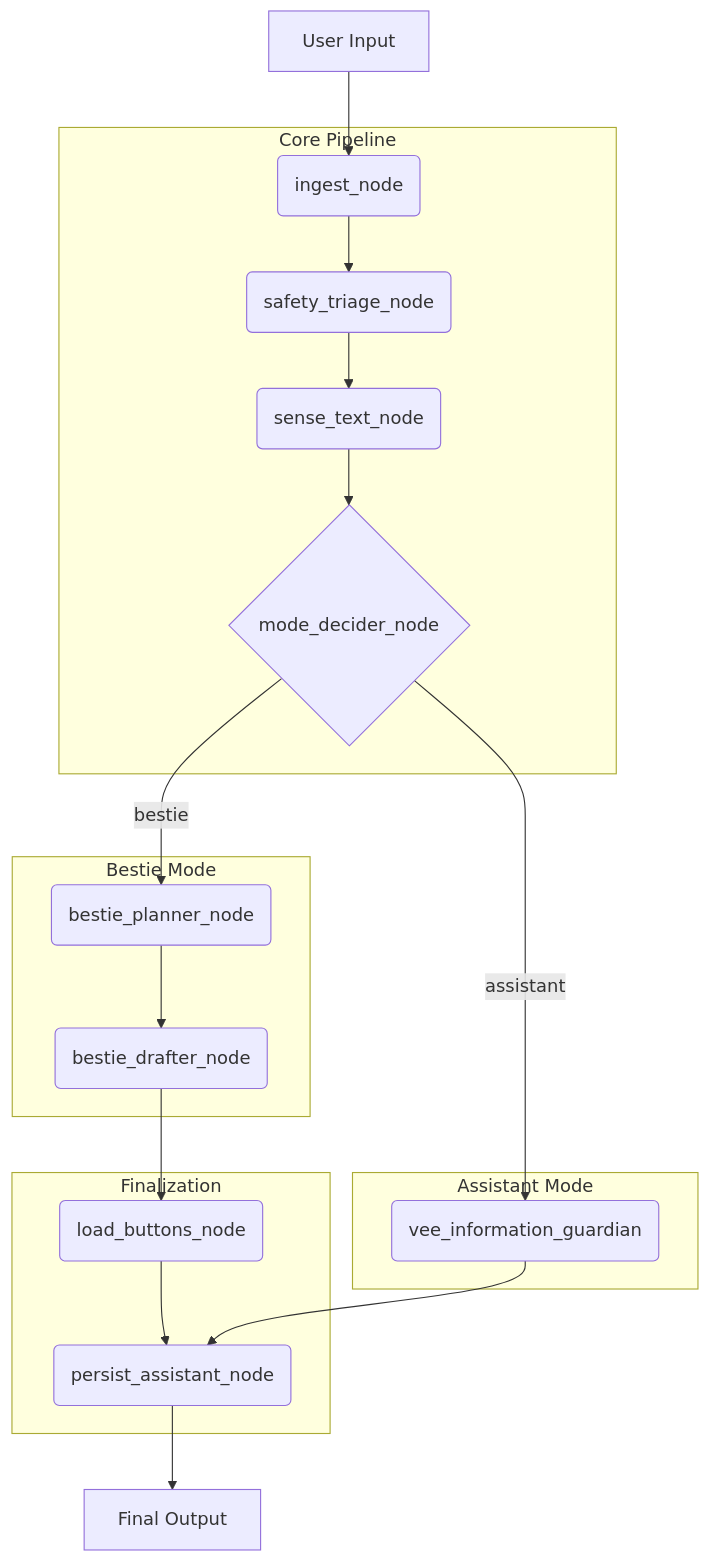
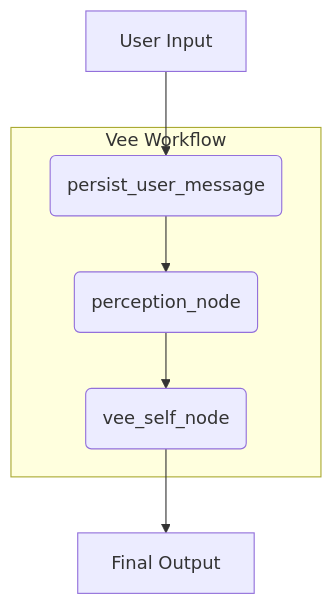
The diagram in README.md (moe1047/ai-bestie), drawn with Mermaid before and after one commit. The commit also changed other lines of this file and 1 other file, not shown here.

Commit message:
feat(persona): Implement structured personality and update docs
This major update introduces a more sophisticated personality framework, resolves critical stability bugs, and overhauls the project documentation.

- **feat(persona)**: Replaces the simple personality dials with a robust framework in , including core traits, mood, and relationship stance for more nuanced AI behavior.

- **docs(README)**: Updates the  to reflect the new unified architecture, removing outdated concepts and adding a 'Recent Updates' section.

- **fix(stability)**: Resolves a critical caching bug in  that caused message history to grow indefinitely. Also corrects timezone-related  in .

````diff
--- a/README.md
+++ b/README.md
@@ -33,37 +37,13 @@
 ```mermaid
 graph TD
-    A[User Input] --> B(ingest_node);
-    B --> C(safety_triage_node);
-    C --> D(sense_text_node);
-    D --> E{mode_decider_node};
+    A[User Input] --> B(persist_user_message);
+    B --> C(perception_node);
+    C --> D(vee_self_node);
+    D --> E[Final Output];
 
-    E -- bestie --> F(bestie_planner_node);
-    F --> G(bestie_drafter_node);
-    G --> H(load_buttons_node);
-    H --> I(persist_assistant_node);
-    I --> J[Final Output];
-
-    E -- assistant --> K(vee_information_guardian);
-    K --> I;
-
-    subgraph Core Pipeline
+    subgraph Vee Workflow
         B;
         C;
         D;
-        E;
-    end
-
-    subgraph Bestie Mode
-        F;
-        G;
-    end
-
-    subgraph Assistant Mode
-        K;
-    end
-
-    subgraph Finalization
-        H;
-        I;
     end
 ```
````
